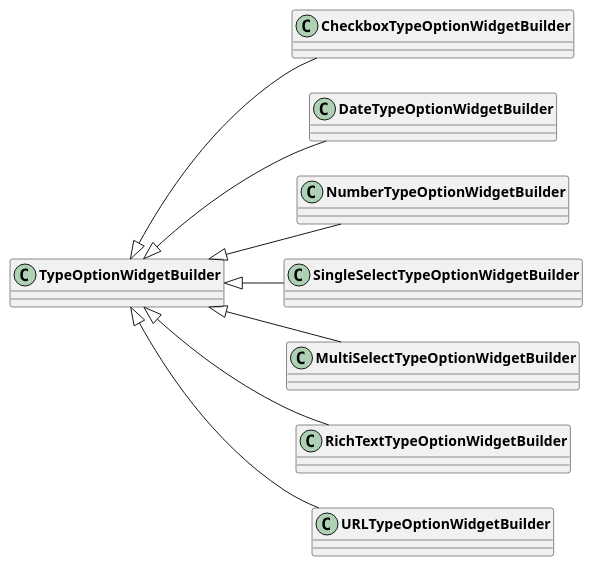
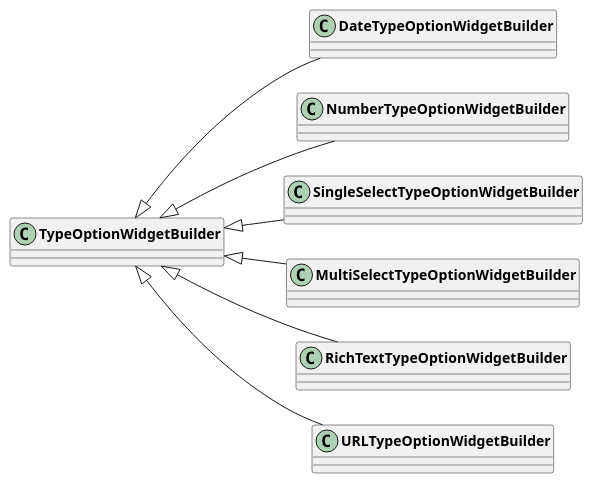
The third of 4 diagrams in uml/dart_classes/grid_field.plantuml (AppFlowy-IO/AppFlowy-Docs), drawn with PlantUML before and after one commit. The commit also changed other lines of this file and 2 other files, not shown here.

```diff
--- a/uml/dart_classes/grid_field.plantuml
+++ b/uml/dart_classes/grid_field.plantuml
@@ -45,20 +44,20 @@
 @startuml Field Type Option Widget Builder Impl
 skinparam classFontStyle Bold
 skinparam ActivityBackgroundColor Silver
 skinparam ActivityBorderColor DimGray
 left to right direction
-CheckboxTypeOptionWidgetBuilder -u-|> TypeOptionWidgetBuilder
+
 
 DateTypeOptionWidgetBuilder -u-|> TypeOptionWidgetBuilder
 
 NumberTypeOptionWidgetBuilder -u-|> TypeOptionWidgetBuilder
 
 SingleSelectTypeOptionWidgetBuilder -u-|> TypeOptionWidgetBuilder
 
 MultiSelectTypeOptionWidgetBuilder -u-|> TypeOptionWidgetBuilder
 
 RichTextTypeOptionWidgetBuilder -u-|> TypeOptionWidgetBuilder
 
 URLTypeOptionWidgetBuilder -u-|> TypeOptionWidgetBuilder
 
 @enduml
```
